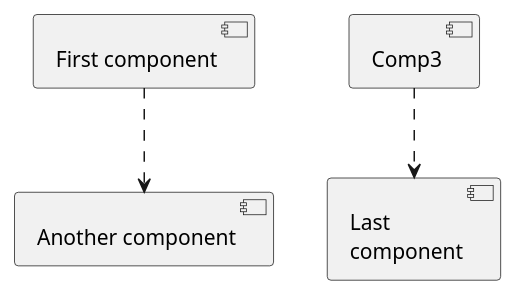
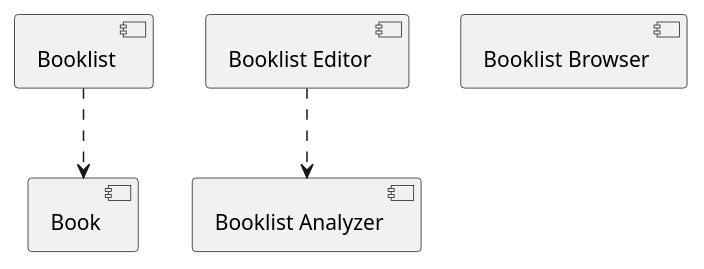
Before and after one commit to andysylvester/federated-bookshelves: the diagram in domain/example-uml.iuml, drawn with PlantUML.

```diff
--- a/domain/example-uml.iuml
+++ b/domain/example-uml.iuml
@@ -1,13 +1,14 @@
 @startuml
 
-[First component]
-[Another component] as Comp2
-component Comp3
-component [Last\ncomponent] as Comp4
+component [Booklist] as Comp1
+component [Book] as Comp2
+component [Booklist Editor] as Comp3
+component [Booklist Analyzer] as Comp4
+component [Booklist Browser] as Comp5
 
-[First component] ..> Comp2
+[Comp1] ..> Comp2
 [Comp3] ..> Comp4
 
 
 
 @enduml
```
